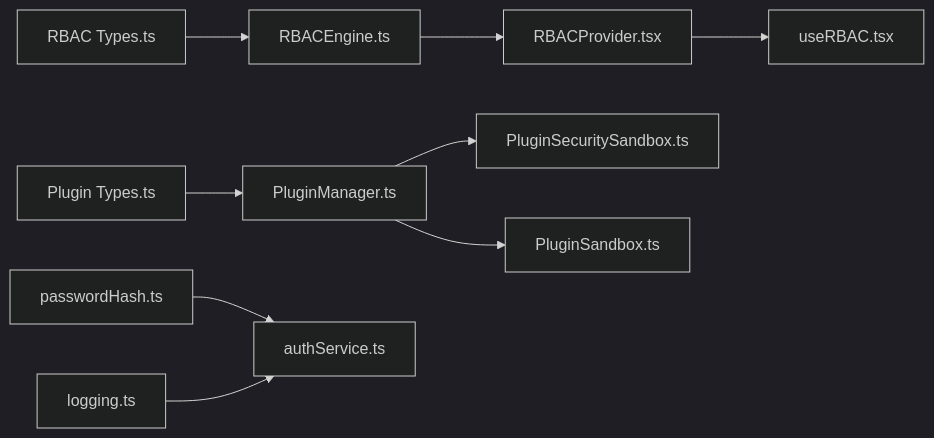
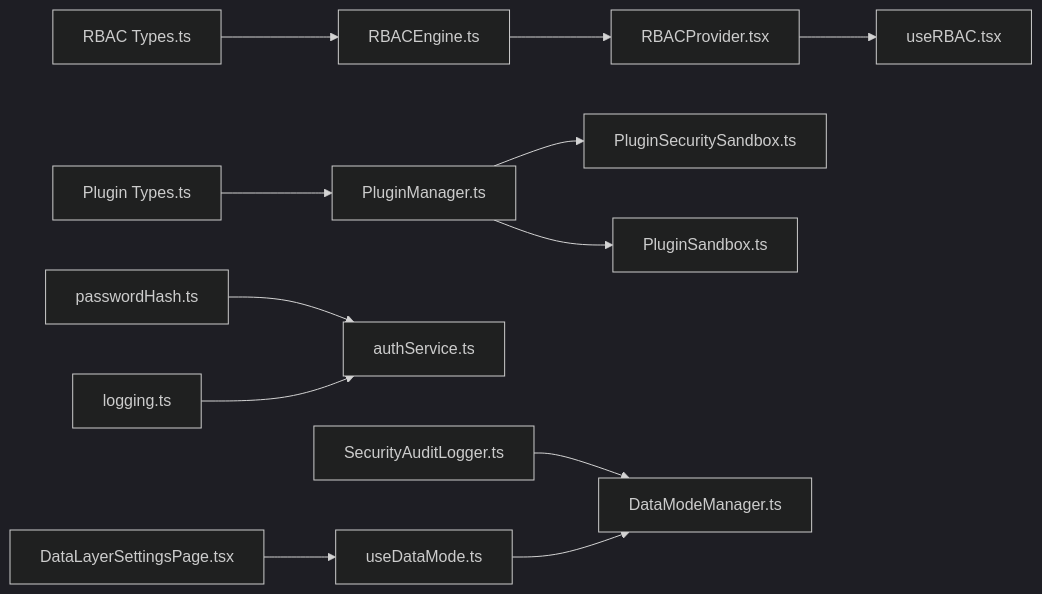
One commit to geniusdynamics/schoolpilot changed the ninth of 9 diagrams in .qoder/repowiki/en/content/Architecture Overview/Security Architecture.md. Above: the diagram before and after it, drawn with Mermaid (dark theme). The commit also changed other lines of this file and 54 other files, not shown here.

````diff
--- a/.qoder/repowiki/en/content/Architecture Overview/Security Architecture.md
+++ b/.qoder/repowiki/en/content/Architecture Overview/Security Architecture.md
@@ -366,11 +530,14 @@
 ```mermaid
 graph LR
 RBAC_Types["RBAC Types.ts"] --> RBAC_Engine["RBACEngine.ts"]
 RBAC_Engine --> RBAC_Provider["RBACProvider.tsx"]
 RBAC_Provider --> RBAC_Hook["useRBAC.tsx"]
 PT["Plugin Types.ts"] --> PM["PluginManager.ts"]
 PM --> PSS["PluginSecuritySandbox.ts"]
 PM --> PS["PluginSandbox.ts"]
 PH["passwordHash.ts"] --> AS["authService.ts"]
 LOG["logging.ts"] --> AS
+SAL["SecurityAuditLogger.ts"] --> DMM["DataModeManager.ts"]
+UDM["useDataMode.ts"] --> DMM
+DLS["DataLayerSettingsPage.tsx"] --> UDM
 ```
````
